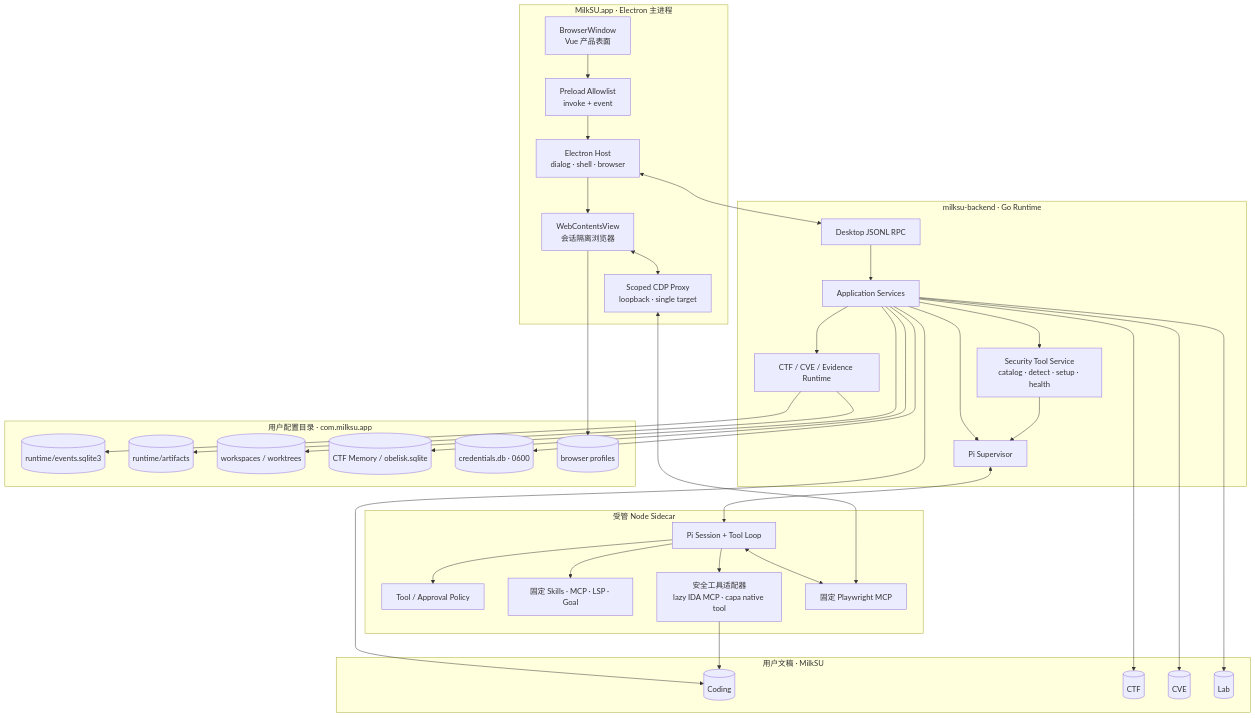
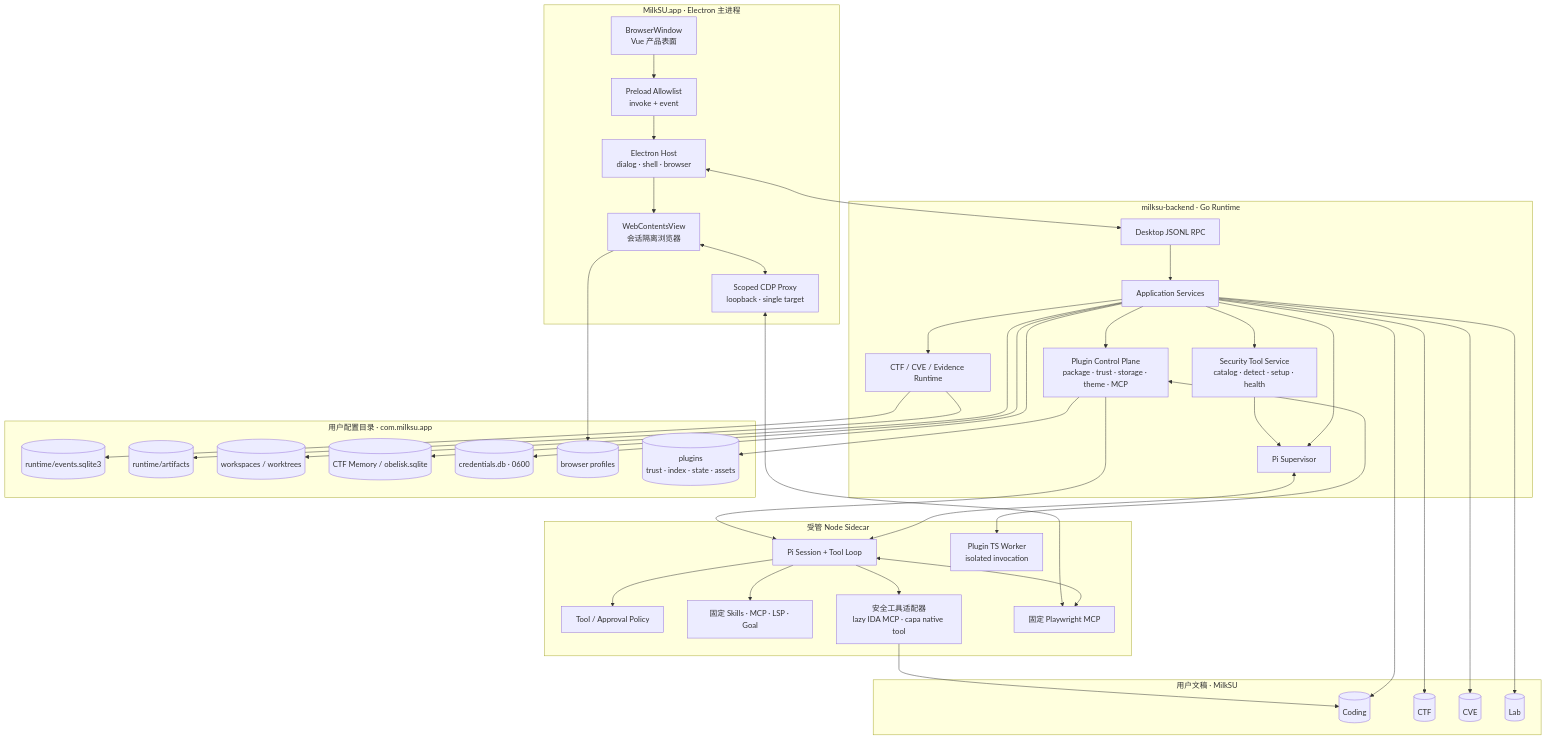
One commit to MilkSU-Official/milksu changed the second of 5 diagrams in docs/architecture/current-system.md. Above: the diagram before and after it, drawn with Mermaid. The commit also changed other lines of this file and 105 other files, not shown here.

````diff
--- a/docs/architecture/current-system.md
+++ b/docs/architecture/current-system.md
@@ -93,64 +94,71 @@
 ```mermaid
 flowchart TB
     subgraph electron["MilkSU.app · Electron 主进程"]
         window["BrowserWindow<br/>Vue 产品表面"]
         preload["Preload Allowlist<br/>invoke + event"]
         host["Electron Host<br/>dialog · shell · browser"]
         browser["WebContentsView<br/>会话隔离浏览器"]
         proxy["Scoped CDP Proxy<br/>loopback · single target"]
     end
 
     subgraph go_process["milksu-backend · Go Runtime"]
         rpc["Desktop JSONL RPC"]
         app["Application Services"]
         runtime["CTF / CVE / Evidence Runtime"]
+        plugins["Plugin Control Plane<br/>package · trust · storage · theme · MCP"]
         supervisors["Pi Supervisor"]
         tool_catalog["Security Tool Service<br/>catalog · detect · setup · health"]
     end
 
     subgraph sidecar["受管 Node Sidecar"]
         pi["Pi Session + Tool Loop"]
         policy["Tool / Approval Policy"]
         resources["固定 Skills · MCP · LSP · Goal"]
         security_adapters["安全工具适配器<br/>lazy IDA MCP · capa native tool"]
+        plugin_worker["Plugin TS Worker<br/>isolated invocation"]
         playwright["固定 Playwright MCP"]
     end
 
     subgraph data["用户配置目录 · com.milksu.app"]
         events[("runtime/events.sqlite3")]
         artifacts[("runtime/artifacts")]
         workspaces[("workspaces / worktrees")]
         memories[("CTF Memory / obelisk.sqlite")]
         credentials[("credentials.db · 0600")]
         profiles[("browser profiles")]
+        plugin_data[("plugins<br/>trust · index · state · assets")]
     end
 
     subgraph documents["用户文稿 · MilkSU"]
         coding_files[("Coding")]
         ctf_files[("CTF")]
         cve_files[("CVE")]
         lab_files[("Lab")]
     end
 
     window --> preload --> host
     host <--> rpc --> app
     app --> runtime
+    app --> plugins
     app --> supervisors <--> pi
     app --> tool_catalog --> supervisors
     pi --> policy
     pi --> resources
     pi --> security_adapters
+    plugins <--> plugin_worker
+    plugins --> pi
     pi <--> playwright
     host --> browser --> profiles
     browser <--> proxy <--> playwright
     runtime --> events
     runtime --> artifacts
     app --> workspaces
     app --> memories
     app --> credentials
+    plugins --> plugin_data
     app --> coding_files
     app --> ctf_files
     app --> cve_files
     app --> lab_files
     security_adapters --> coding_files
 ```
````
